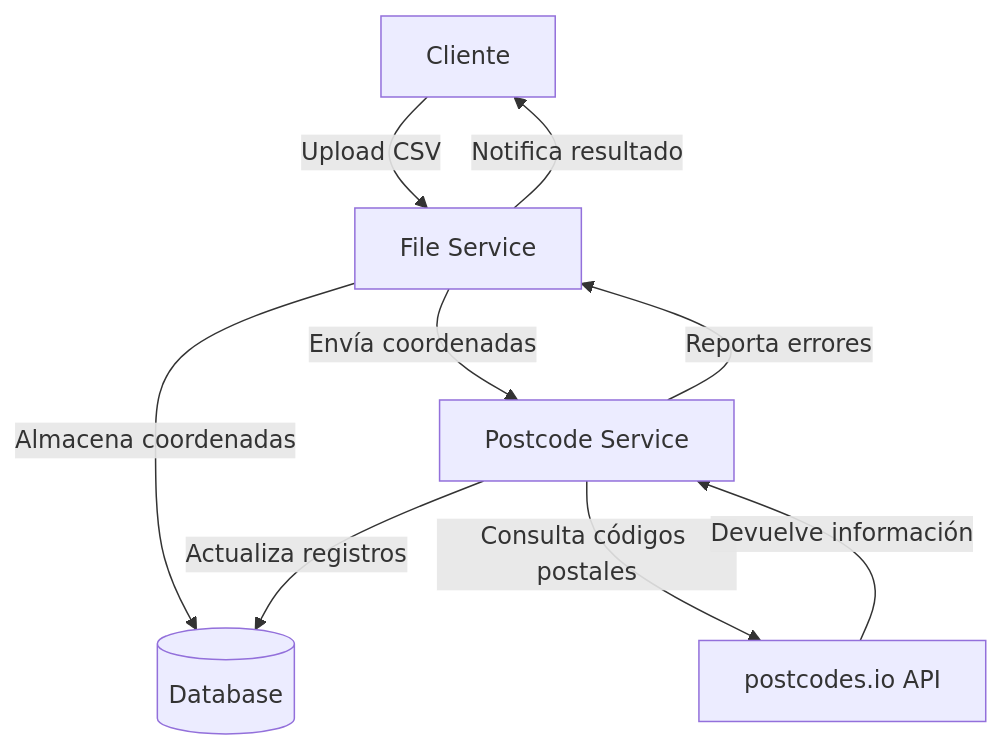
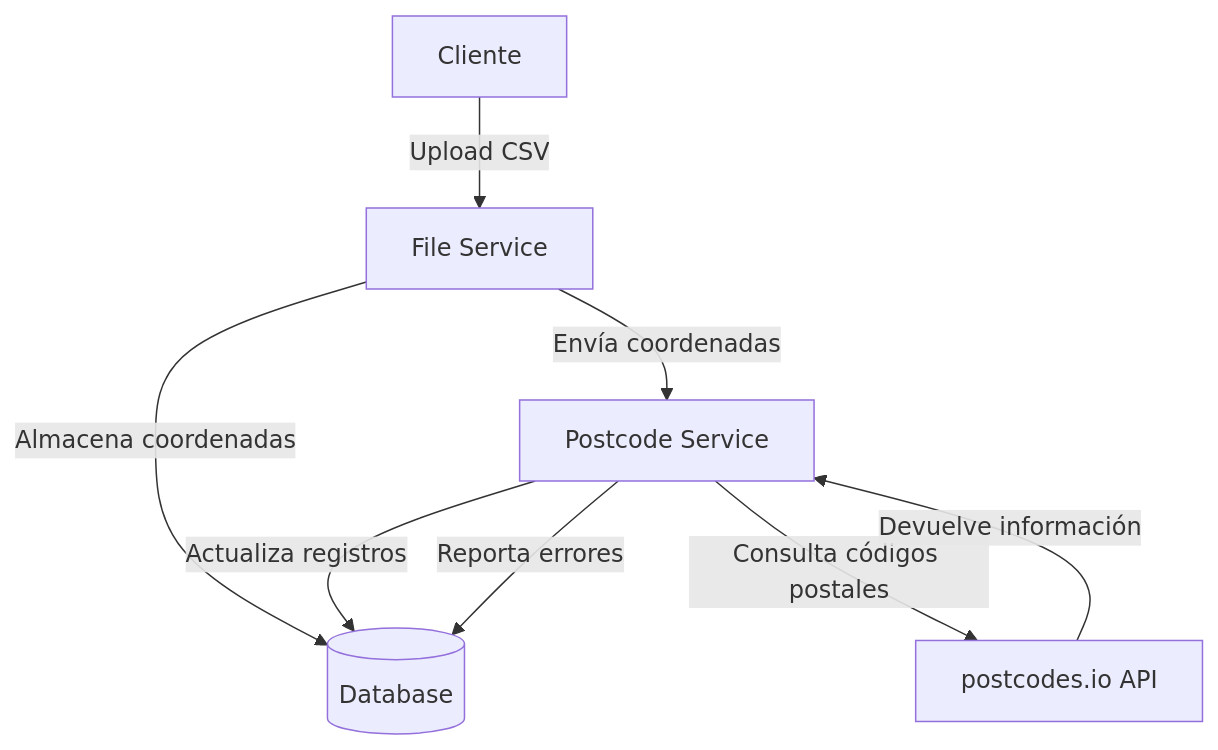
The diagram in README.md (luisferico/prueba-de), drawn with Mermaid before and after one commit. The commit also changed 1 other file, not shown here.

Commit message:
No se notifica de regreso

````diff
--- a/README.md
+++ b/README.md
@@ -20,11 +20,10 @@
 ```mermaid
 graph TD
     Client[Cliente] -->|Upload CSV| FS[File Service]
     FS -->|Almacena coordenadas| DB[(Database)]
     FS -->|Envía coordenadas| PS[Postcode Service]
     PS -->|Consulta códigos postales| API[postcodes.io API]
     API -->|Devuelve información| PS
     PS -->|Actualiza registros| DB
-    PS -->|Reporta errores| FS
-    FS -->|Notifica resultado| Client
+    PS -->|Reporta errores| DB
 ```
````
